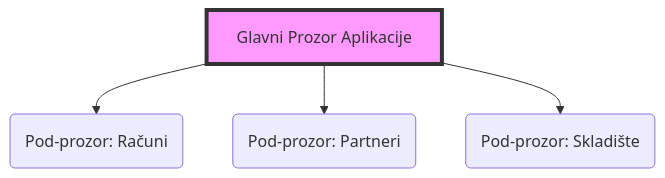
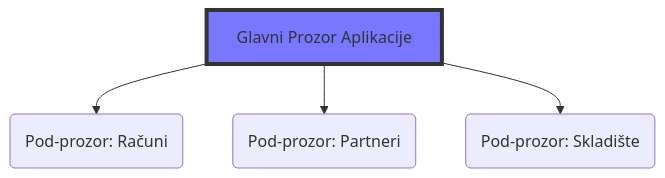
Before and after one commit to Milenij/milenij-upute: the diagram in docs/recepcija/osnovno-korištenje/index.md, drawn with Mermaid.

Commit message:
Update 🛎️ Recepcija “osnovno-korištenje/index”

````diff
--- a/docs/recepcija/osnovno-korištenje/index.md
+++ b/docs/recepcija/osnovno-korištenje/index.md
@@ -21,7 +21,7 @@
 ```mermaid
 graph TD;
     A[Glavni Prozor Aplikacije] --> B(Pod-prozor: Računi);
     A --> C(Pod-prozor: Partneri);
     A --> D(Pod-prozor: Skladište);
-    style A fill:#f9f,stroke:#333,stroke-width:4px
+    style A fill:#77f,stroke:#333,stroke-width:4px
 ```
````
